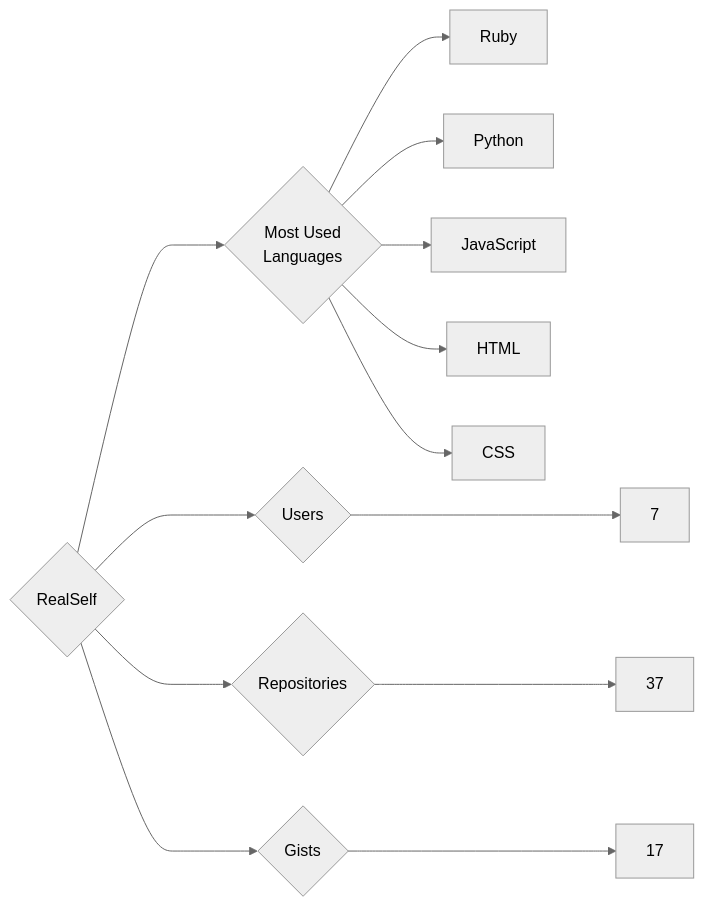
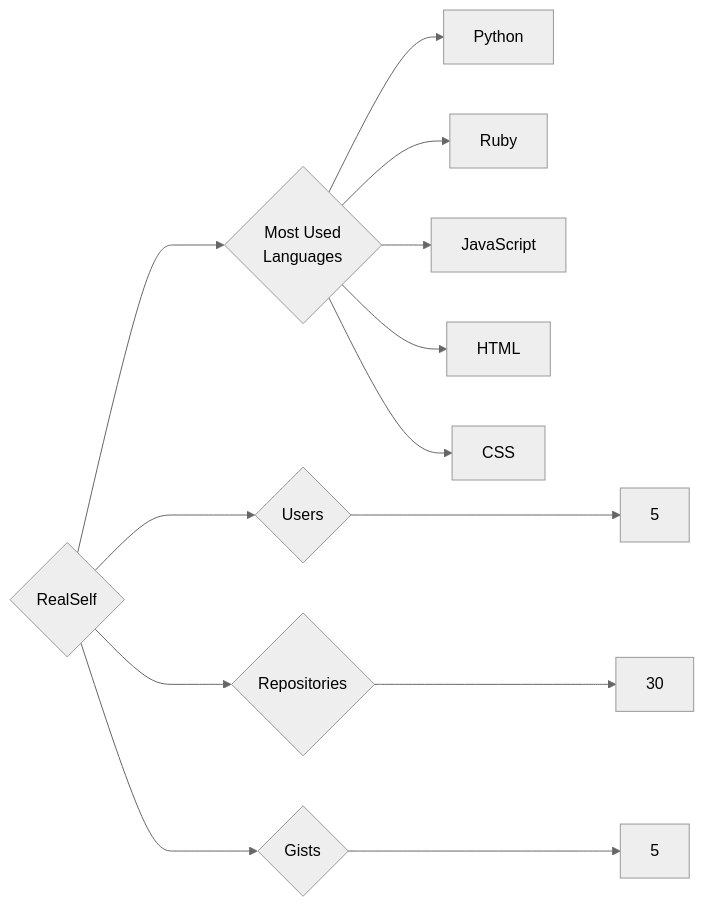
One commit to trickest/insiders changed the diagram in targets/RealSelf/README.md. Above: the diagram before and after it, drawn with Mermaid (neutral theme). The commit also changed 955 other files, not shown here.

````diff
--- a/targets/RealSelf/README.md
+++ b/targets/RealSelf/README.md
@@ -3,13 +3,13 @@
 ```mermaid
 graph LR
 COMPANY_NAME{RealSelf}
-COMPANY_NAME ---> U{Users} ---> UN[7]
-COMPANY_NAME ---> R{Repositories} ---> RN[37]
-COMPANY_NAME ---> G{Gists} ---> GN[17]
+COMPANY_NAME ---> U{Users} ---> UN[5]
+COMPANY_NAME ---> R{Repositories} ---> RN[30]
+COMPANY_NAME ---> G{Gists} ---> GN[5]
 COMPANY_NAME ---> ML{Most Used<br>Languages}
+ML --> Python[Python]
 ML --> Ruby[Ruby]
-ML --> Python[Python]
 ML --> JavaScript[JavaScript]
 ML --> HTML[HTML]
 ML --> CSS[CSS]
 ```
````
